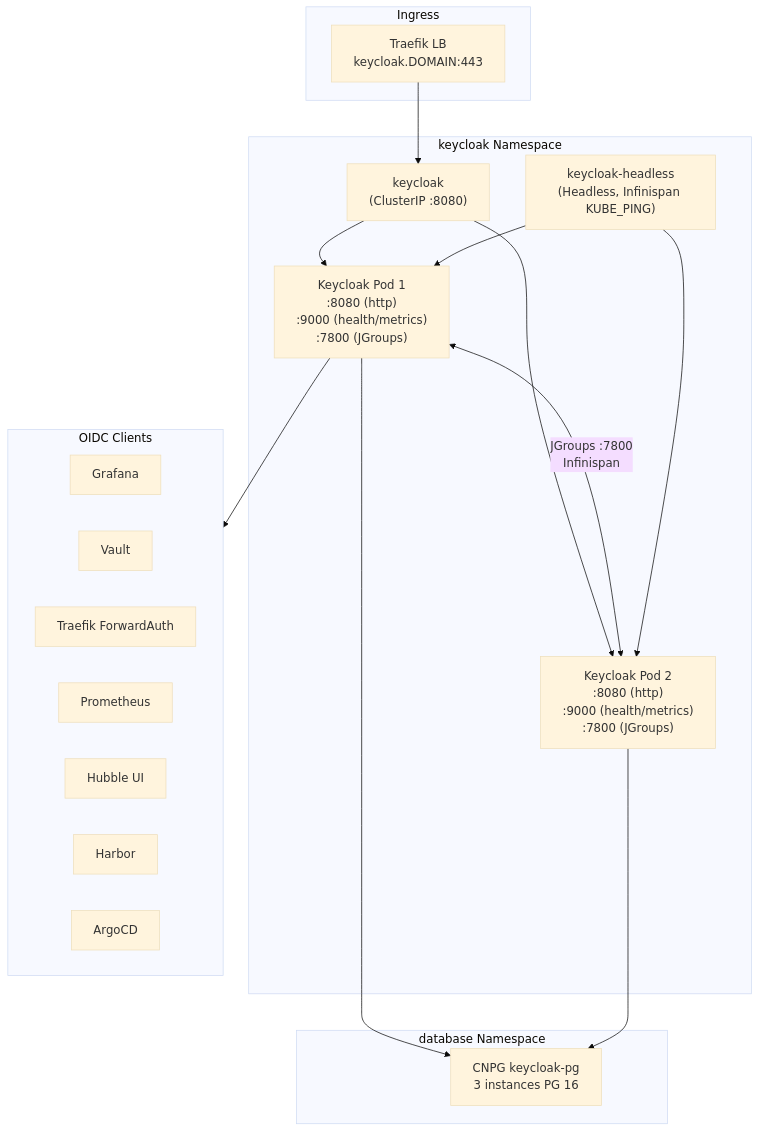
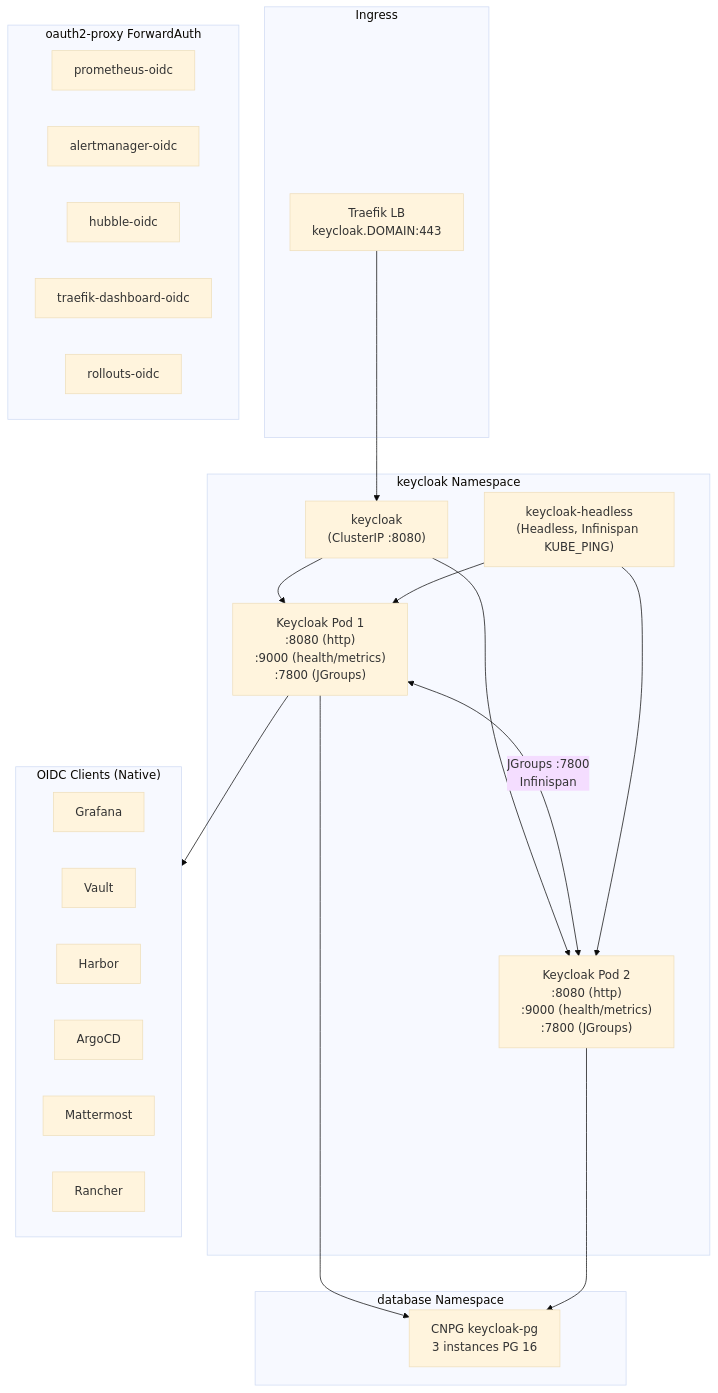
Before and after one commit to derhornspieler/harvester-rke2-platform: the seventh of 13 diagrams in docs/engineering/services-reference.md, drawn with Mermaid (base theme). The commit also changed other lines of this file and 11 other files, not shown here.

````diff
--- a/docs/engineering/services-reference.md
+++ b/docs/engineering/services-reference.md
@@ -1025,37 +1026,44 @@
 ```mermaid
 graph TD
     subgraph Ingress
         Traefik3["Traefik LB<br/>keycloak.DOMAIN:443"]
     end
 
     subgraph KC["keycloak Namespace"]
         KC1["Keycloak Pod 1<br/>:8080 (http)<br/>:9000 (health/metrics)<br/>:7800 (JGroups)"]
         KC2["Keycloak Pod 2<br/>:8080 (http)<br/>:9000 (health/metrics)<br/>:7800 (JGroups)"]
         HLSvc["keycloak-headless<br/>(Headless, Infinispan KUBE_PING)"]
         KCSvc["keycloak<br/>(ClusterIP :8080)"]
     end
 
     subgraph DB["database Namespace"]
         CNPG2["CNPG keycloak-pg<br/>3 instances PG 16"]
     end
 
-    subgraph OIDCClients["OIDC Clients"]
+    subgraph OIDCClients["OIDC Clients (Native)"]
         GrafanaC["Grafana"]
         VaultC["Vault"]
-        TraefikC["Traefik ForwardAuth"]
-        PrometheusC["Prometheus"]
-        HubbleC["Hubble UI"]
         HarborC["Harbor"]
         ArgoCDC["ArgoCD"]
+        MattermostC["Mattermost"]
+        RancherC["Rancher"]
+    end
+
+    subgraph OAuth2Proxy["oauth2-proxy ForwardAuth"]
+        PrometheusC["prometheus-oidc"]
+        AlertManagerC["alertmanager-oidc"]
+        HubbleC["hubble-oidc"]
+        TraefikC["traefik-dashboard-oidc"]
+        RolloutsC["rollouts-oidc"]
     end
 
     Traefik3 --> KCSvc
     KCSvc --> KC1
     KCSvc --> KC2
     KC1 <-->|"JGroups :7800<br/>Infinispan"| KC2
     HLSvc --> KC1
     HLSvc --> KC2
     KC1 --> CNPG2
     KC2 --> CNPG2
     KC1 --> OIDCClients
 ```
````
